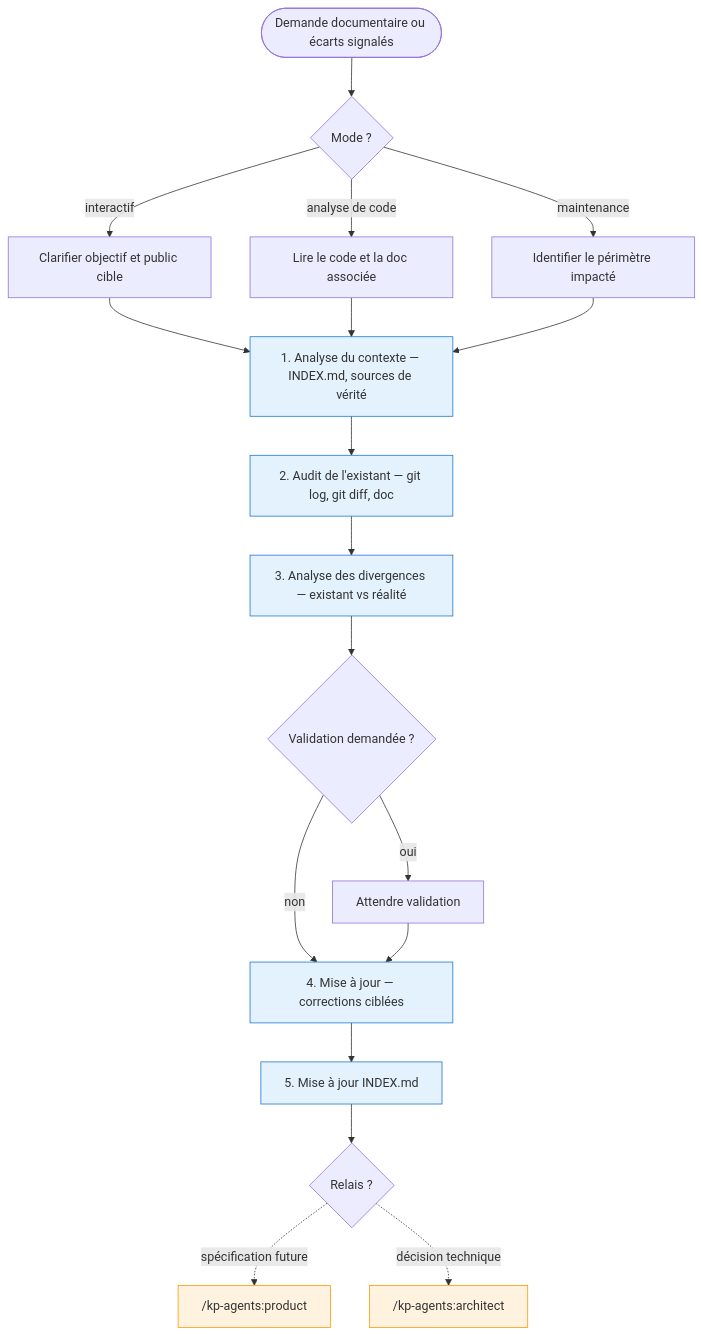
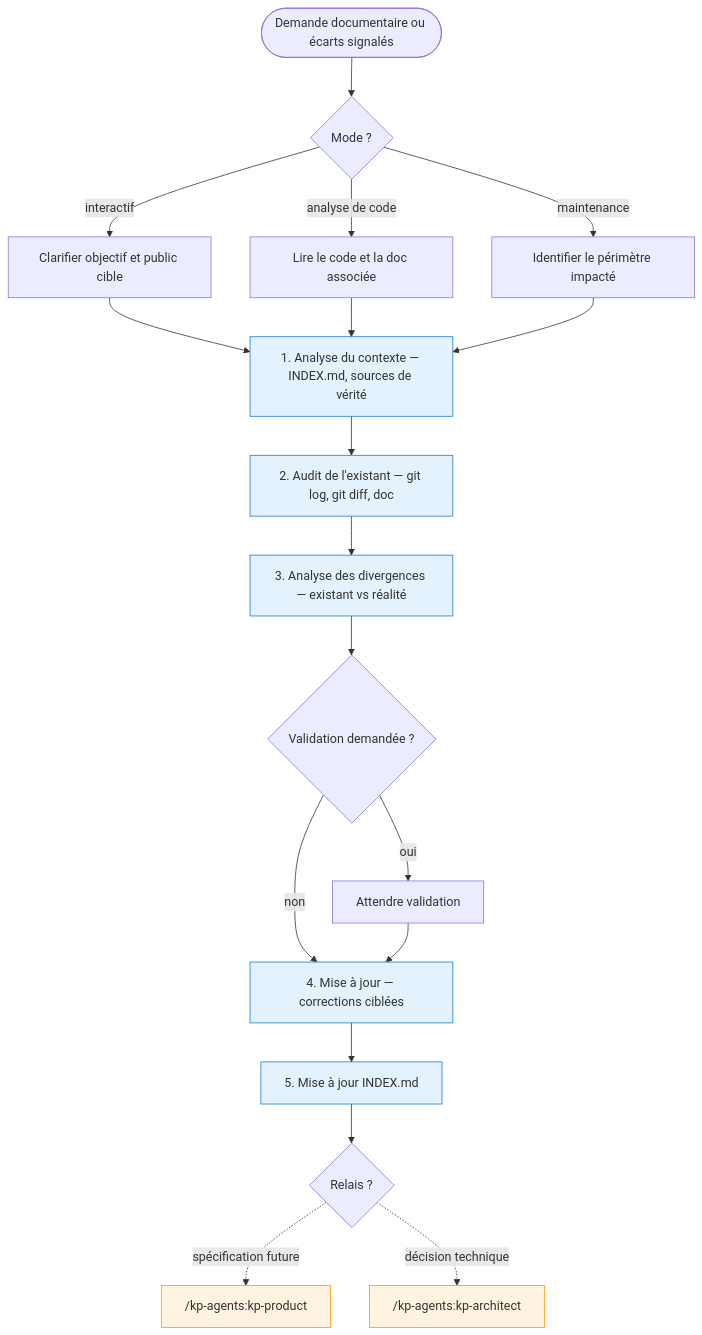
One commit to KeyProd/kp-agents changed the seventh of 9 diagrams in docs/agents.md. Above: the diagram before and after it, drawn with Mermaid. The commit also changed other lines of this file and 129 other files, not shown here.

````diff
--- a/docs/agents.md
+++ b/docs/agents.md
@@ -347,38 +347,38 @@
 ```mermaid
 flowchart TD
     START([Demande documentaire ou écarts signalés]) --> MODE{Mode ?}
     MODE -->|interactif| CLARIFY[Clarifier objectif et public cible]
     MODE -->|analyse de code| READ_CODE[Lire le code et la doc associée]
     MODE -->|maintenance| SCOPE[Identifier le périmètre impacté]
     CLARIFY --> ANALYSE
     READ_CODE --> ANALYSE
     SCOPE --> ANALYSE
 
     ANALYSE[1. Analyse du contexte — INDEX.md, sources de vérité]
     ANALYSE --> AUDIT
 
     AUDIT[2. Audit de l'existant — git log, git diff, doc]
     AUDIT --> DIVERGENCES
 
     DIVERGENCES[3. Analyse des divergences — existant vs réalité]
     DIVERGENCES --> STOP_V{Validation demandée ?}
     STOP_V -->|oui| WAIT[Attendre validation]
     STOP_V -->|non| MAJ
     WAIT --> MAJ
 
     MAJ[4. Mise à jour — corrections ciblées]
     MAJ --> INDEX[5. Mise à jour INDEX.md]
     INDEX --> OUT
 
     OUT{Relais ?}
-    OUT -.->|spécification future| PRODUCT["/kp-agents:product"]
-    OUT -.->|décision technique| ARCHITECT["/kp-agents:architect"]
+    OUT -.->|spécification future| PRODUCT["/kp-agents:kp-product"]
+    OUT -.->|décision technique| ARCHITECT["/kp-agents:kp-architect"]
 
     style ANALYSE fill:#e3f2fd,stroke:#1976D2
     style AUDIT fill:#e3f2fd,stroke:#1976D2
     style DIVERGENCES fill:#e3f2fd,stroke:#1976D2
     style MAJ fill:#e3f2fd,stroke:#1976D2
     style INDEX fill:#e3f2fd,stroke:#1976D2
     style PRODUCT fill:#fff3e0,stroke:#FF9800
     style ARCHITECT fill:#fff3e0,stroke:#FF9800
 ```
````
